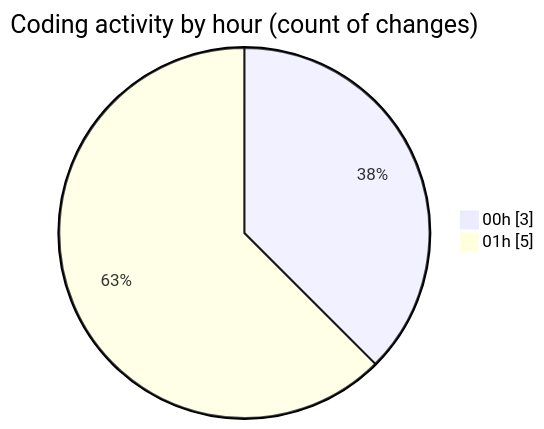
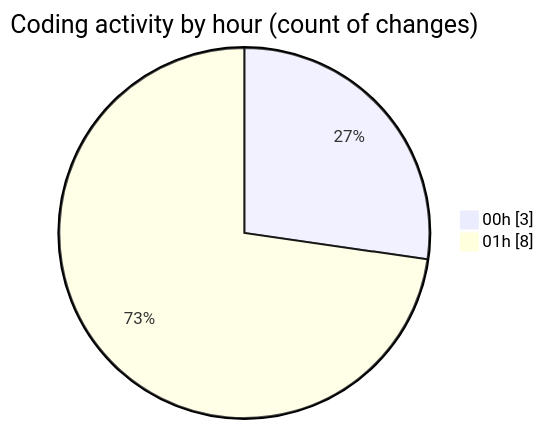
The second of 2 diagrams in 2025-07-23/cnpm_th_ba/README.md (lephambinh05/code-tracking), drawn with Mermaid before and after one commit. The commit also changed other lines of this file and 1 other file, not shown here.

````diff
--- a/2025-07-23/cnpm_th_ba/README.md
+++ b/2025-07-23/cnpm_th_ba/README.md
@@ -32,6 +32,6 @@
 ```mermaid
 pie showData
 title Coding activity by hour (count of changes)
 "00h" : 3
-"01h" : 5
+"01h" : 8
 ```
````
